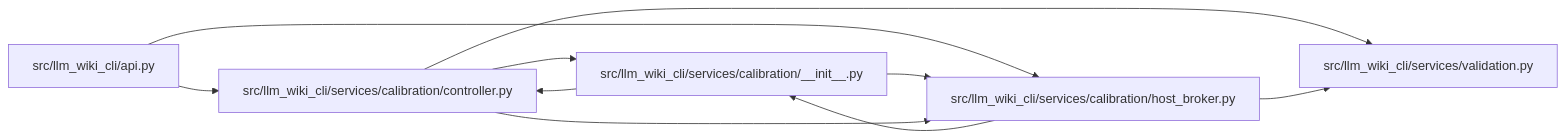
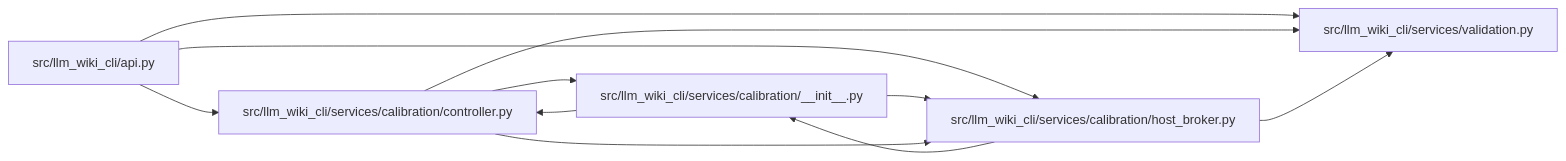
Before and after one commit to Denissvgn/python-wiki-llm: the diagram in docs/llm_wiki/modules/host_broker.md, drawn with Mermaid. The commit also changed 398 other files, not shown here.

````diff
--- a/docs/llm_wiki/modules/host_broker.md
+++ b/docs/llm_wiki/modules/host_broker.md
@@ -32,22 +32,23 @@
 ```mermaid
 flowchart LR
     n0["src/llm_wiki_cli/api.py"]
     n1["src/llm_wiki_cli/services/calibration/__init__.py"]
     n2["src/llm_wiki_cli/services/calibration/controller.py"]
     n3["src/llm_wiki_cli/services/calibration/host_broker.py"]
     n4["src/llm_wiki_cli/services/validation.py"]
     n0 --> n2
     n0 --> n3
+    n0 --> n4
     n1 --> n2
     n1 --> n3
     n2 --> n1
     n2 --> n3
     n2 --> n4
     n3 --> n1
     n3 --> n4
     click n0 "../modules/api.md"
     click n1 "../modules/calibration___init__.md"
     click n2 "../modules/controller.md"
     click n3 "../modules/host_broker.md"
     click n4 "../modules/validation.md"
 ```
````
